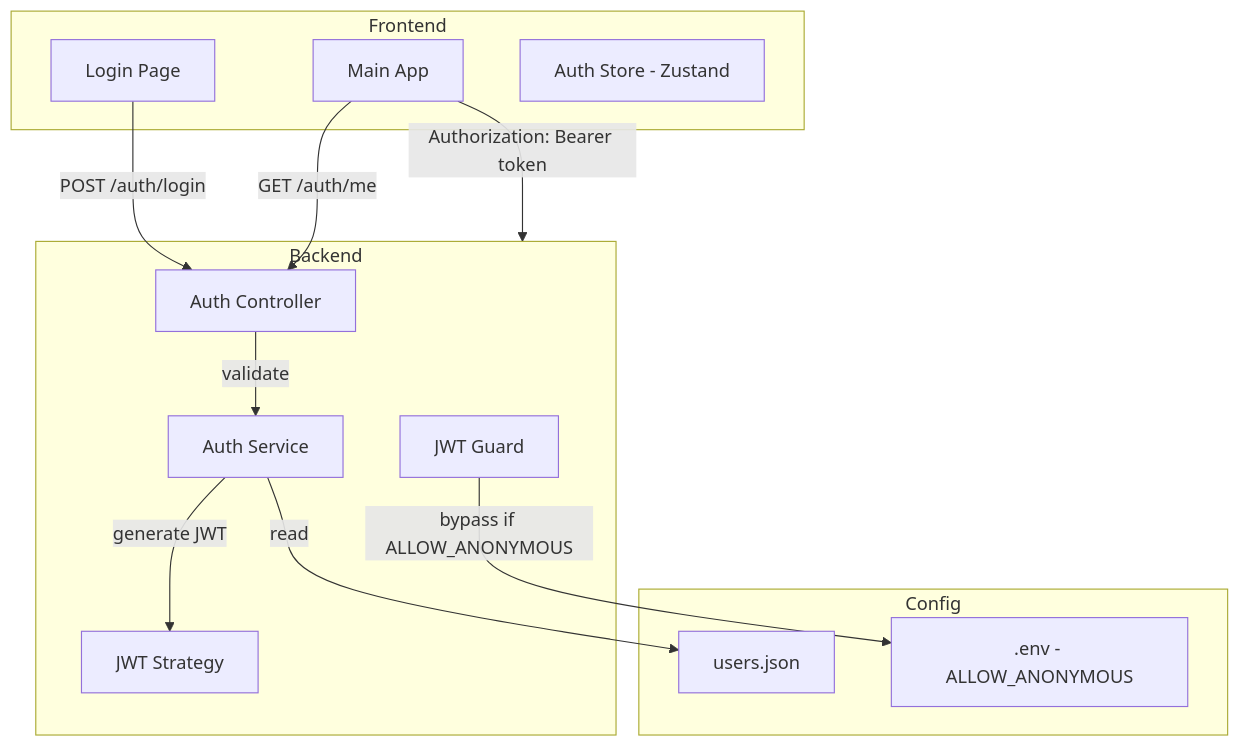
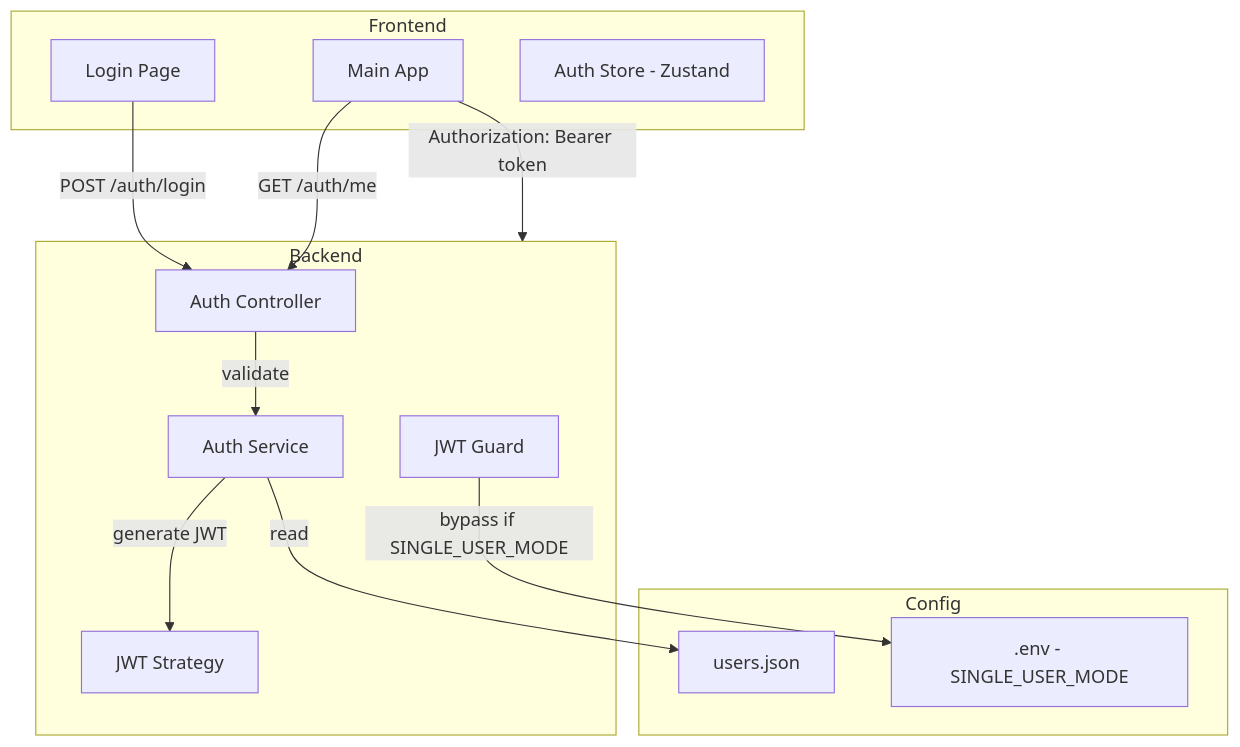
One commit to irium/rt-mcp changed the diagram in docs/auth/README.md. Above: the diagram before and after it, drawn with Mermaid. The commit also changed other lines of this file and 12 other files, not shown here.

Commit message:
refactor: rename ANONYMOUS to SINGLE_USER mode

````diff
--- a/docs/auth/README.md
+++ b/docs/auth/README.md
@@ -17,30 +17,30 @@
 ```mermaid
 flowchart TB
     subgraph Frontend
         Login[Login Page]
         App[Main App]
         Store[Auth Store - Zustand]
     end
     
     subgraph Backend
         AuthController[Auth Controller]
         AuthService[Auth Service]
         JwtStrategy[JWT Strategy]
         JwtGuard[JWT Guard]
     end
     
     subgraph Config
         UsersJSON[users.json]
-        Env[.env - ALLOW_ANONYMOUS]
+        Env[.env - SINGLE_USER_MODE]
     end
     
     Login -->|POST /auth/login| AuthController
     AuthController -->|validate| AuthService
     AuthService -->|read| UsersJSON
     AuthService -->|generate JWT| JwtStrategy
     
     App -->|Authorization: Bearer token| Backend
     App -->|GET /auth/me| AuthController
     
-    JwtGuard -->|bypass if ALLOW_ANONYMOUS| Env
+    JwtGuard -->|bypass if SINGLE_USER_MODE| Env
 ```
````
